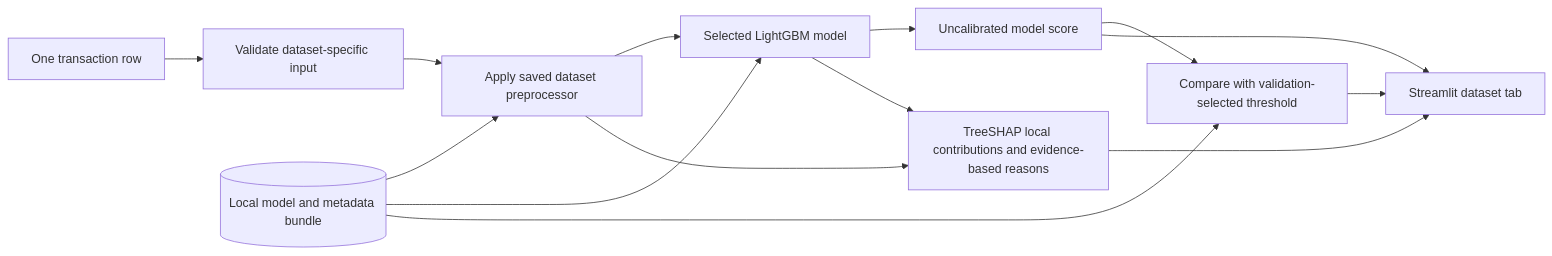
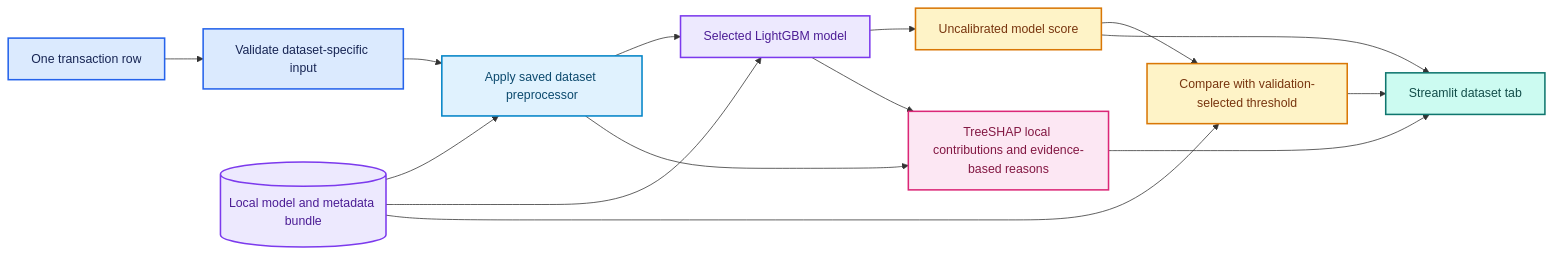
The second of 2 diagrams in ARCHITECTURE.md (End-2007/Privacy-Preserving-Multi-Institutional-Financial-Fraud-Detection), drawn with Mermaid before and after one commit. The commit also changed other lines of this file and 1 other file, not shown here.

Commit message:
Polish documentation diagrams and result tables

````diff
--- a/ARCHITECTURE.md
+++ b/ARCHITECTURE.md
@@ -39,16 +52,31 @@
 ```mermaid
 flowchart LR
     Input[One transaction row] --> Schema[Validate dataset-specific input]
     Schema --> Transform[Apply saved dataset preprocessor]
     Transform --> Model[Selected LightGBM model]
     Model --> Score[Uncalibrated model score]
     Score --> Threshold[Compare with validation-selected threshold]
     Transform --> Explain[TreeSHAP local contributions and evidence-based reasons]
     Model --> Explain
     Score --> View[Streamlit dataset tab]
     Threshold --> View
     Explain --> View
     Bundle[(Local model and metadata bundle)] --> Transform
     Bundle --> Model
     Bundle --> Threshold
+
+    classDef input fill:#DBEAFE,stroke:#2563EB,color:#172554,stroke-width:2px;
+    classDef transform fill:#E0F2FE,stroke:#0284C7,color:#0C4A6E,stroke-width:2px;
+    classDef model fill:#EDE9FE,stroke:#7C3AED,color:#4C1D95,stroke-width:2px;
+    classDef score fill:#FEF3C7,stroke:#D97706,color:#78350F,stroke-width:2px;
+    classDef explain fill:#FCE7F3,stroke:#DB2777,color:#831843,stroke-width:2px;
+    classDef app fill:#CCFBF1,stroke:#0F766E,color:#134E4A,stroke-width:2px;
+    classDef artifacts fill:#EDE9FE,stroke:#7C3AED,color:#4C1D95,stroke-width:2px;
+    class Input,Schema input;
+    class Transform transform;
+    class Model model;
+    class Score,Threshold score;
+    class Explain explain;
+    class View app;
+    class Bundle artifacts;
 ```
````
